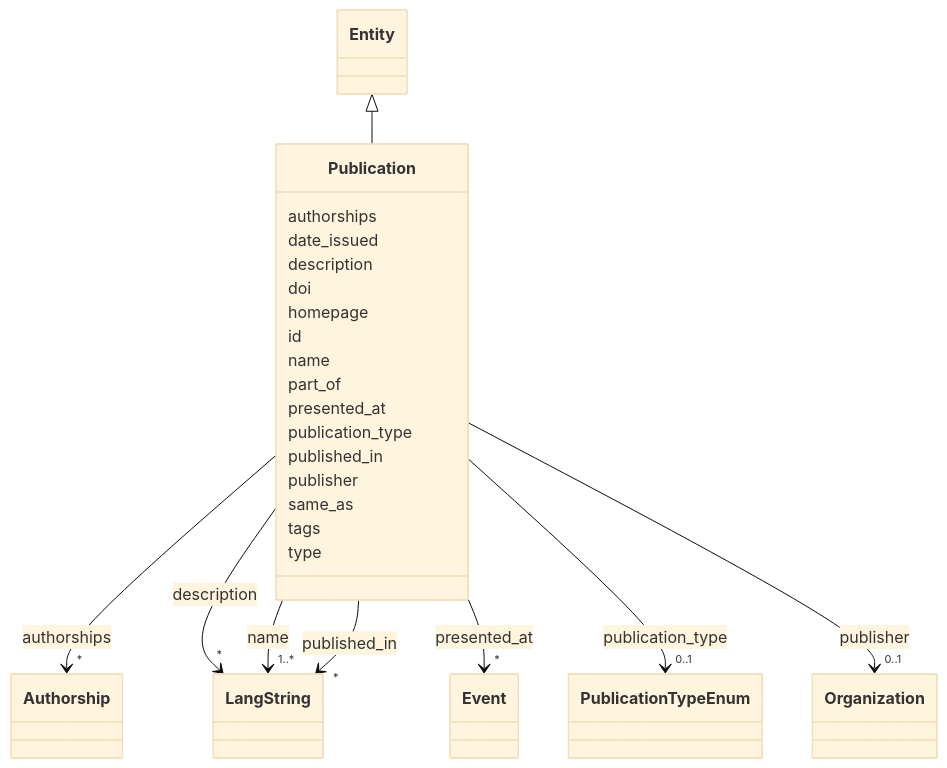
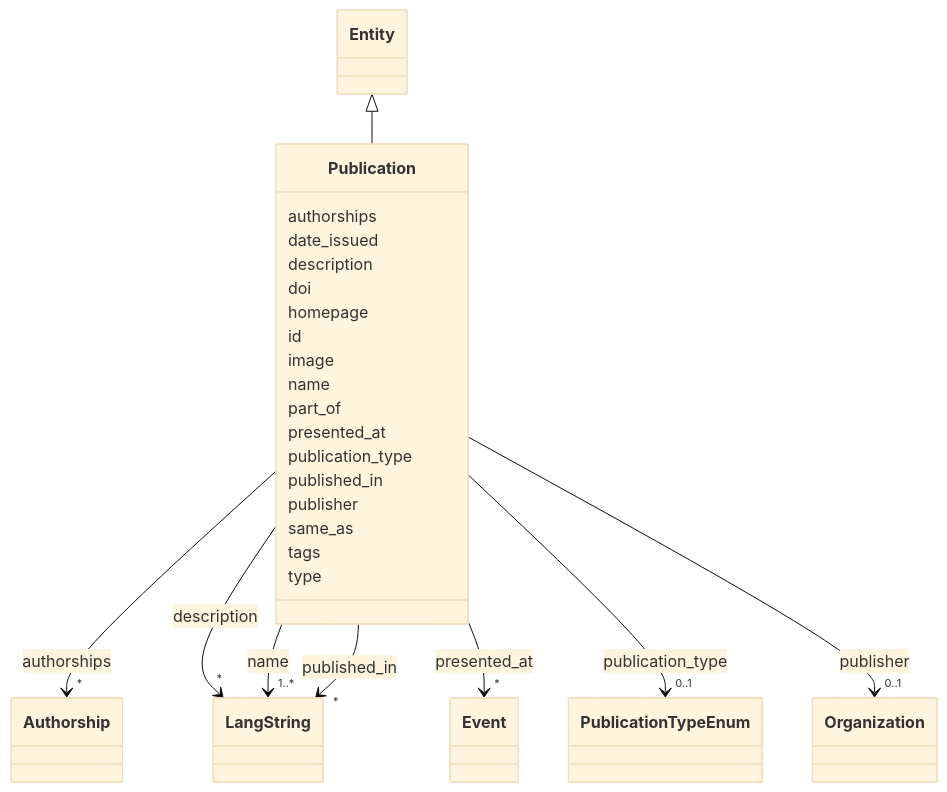
Before and after one commit to DARIAH-IL/idhi-manifests: the diagram in docs/classes/Publication.md, drawn with Mermaid (base theme). The commit also changed other lines of this file and 20 other files, not shown here.

```diff
--- a/docs/classes/Publication.md
+++ b/docs/classes/Publication.md
@@ -61,6 +61,8 @@
       Publication : homepage
         
       Publication : id
+        
+      Publication : image
         
       Publication : name
         
```
